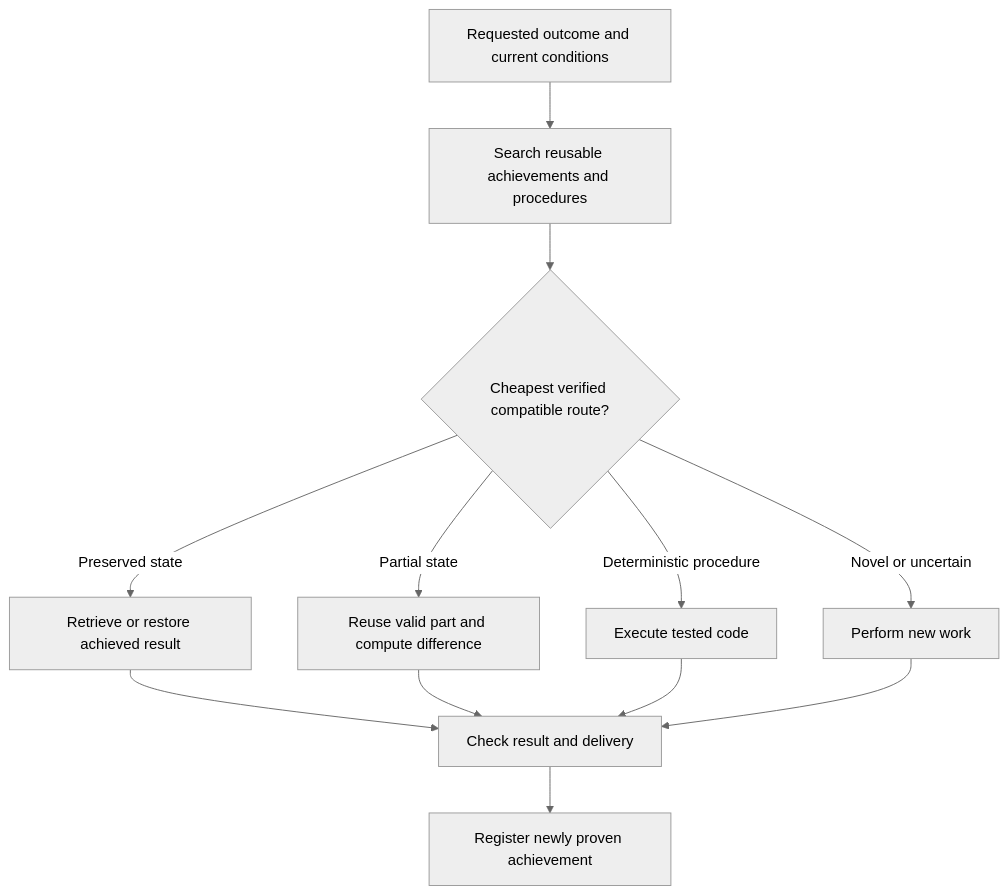
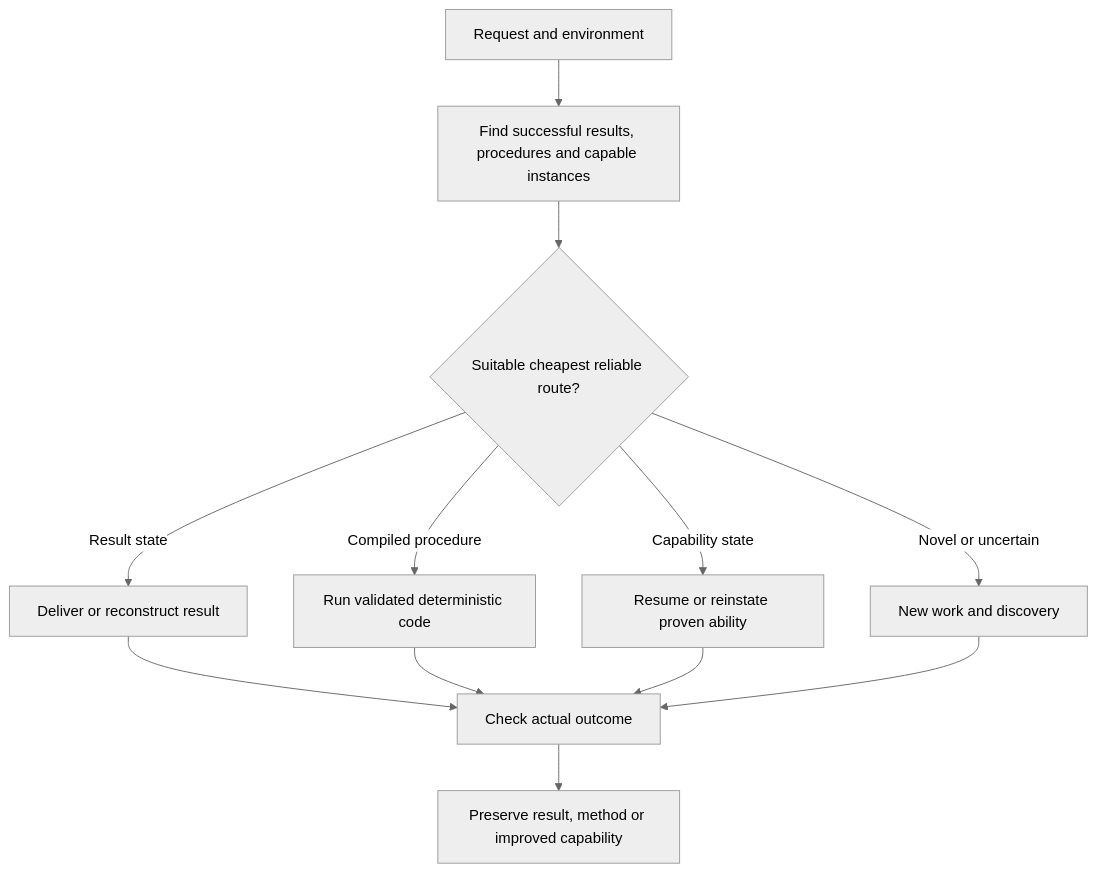
Before and after one commit to aRcHmaGe333/ECOmpile: the diagram in docs/never_repeat_principle.md, drawn with Mermaid (neutral theme). The commit also changed other lines of this file, not shown here.

Commit message:
Extend never-repeat design to cultivated instances and model-paired success histories

````diff
--- a/docs/never_repeat_principle.md
+++ b/docs/never_repeat_principle.md
@@ -32,14 +34,14 @@
 ```mermaid
 flowchart TD
-    A[Requested outcome and current conditions] --> B[Search reusable achievements and procedures]
-    B --> C{Cheapest verified compatible route?}
-    C -->|Preserved state| D[Retrieve or restore achieved result]
-    C -->|Partial state| E[Reuse valid part and compute difference]
-    C -->|Deterministic procedure| F[Execute tested code]
-    C -->|Novel or uncertain| G[Perform new work]
-    D --> H[Check result and delivery]
+    A[Request and environment] --> B[Find successful results, procedures and capable instances]
+    B --> C{Suitable cheapest reliable route?}
+    C -->|Result state| D[Deliver or reconstruct result]
+    C -->|Compiled procedure| E[Run validated deterministic code]
+    C -->|Capability state| F[Resume or reinstate proven ability]
+    C -->|Novel or uncertain| G[New work and discovery]
+    D --> H[Check actual outcome]
     E --> H
     F --> H
     G --> H
-    H --> I[Register newly proven achievement]
+    H --> I[Preserve result, method or improved capability]
 ```
````
